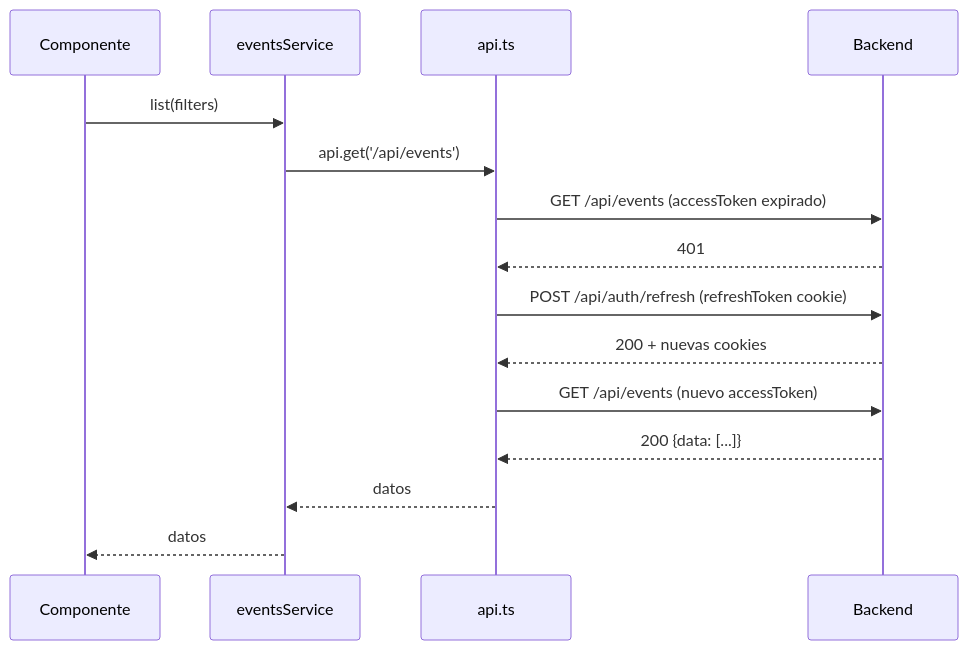
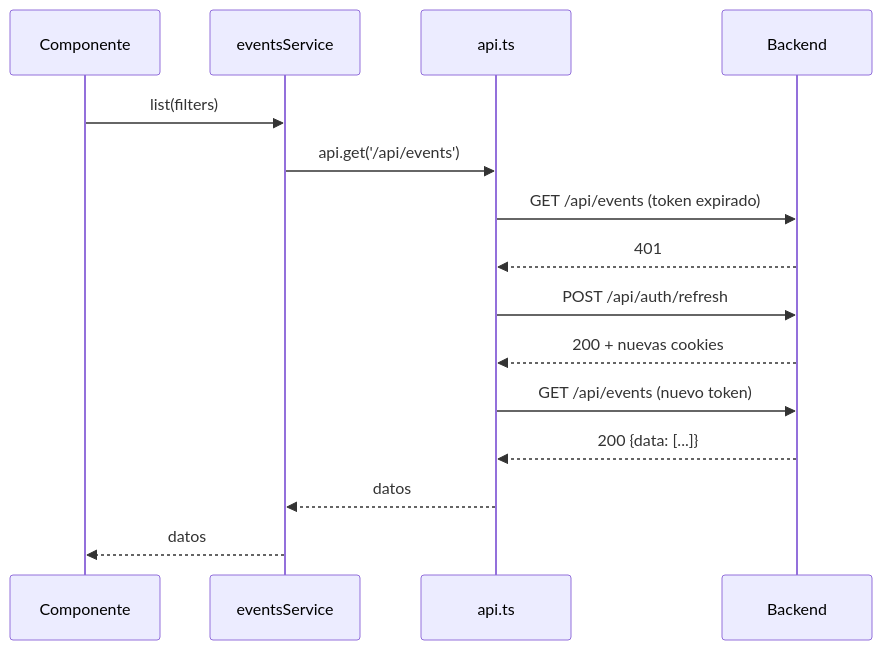
Before and after one commit to BorjaZG/Convoca: the diagram in docs/error-handling.md, drawn with Mermaid. The commit also changed other lines of this file and 27 other files, not shown here.

````diff
--- a/docs/error-handling.md
+++ b/docs/error-handling.md
@@ -117,18 +83,18 @@
 ```mermaid
 sequenceDiagram
     participant C as Componente
     participant SVC as eventsService
     participant API as api.ts
     participant BE as Backend
 
     C->>SVC: list(filters)
     SVC->>API: api.get('/api/events')
-    API->>BE: GET /api/events (accessToken expirado)
+    API->>BE: GET /api/events (token expirado)
     BE-->>API: 401
-    API->>BE: POST /api/auth/refresh (refreshToken cookie)
+    API->>BE: POST /api/auth/refresh
     BE-->>API: 200 + nuevas cookies
-    API->>BE: GET /api/events (nuevo accessToken)
+    API->>BE: GET /api/events (nuevo token)
     BE-->>API: 200 {data: [...]}
     API-->>SVC: datos
     SVC-->>C: datos
 ```
````
